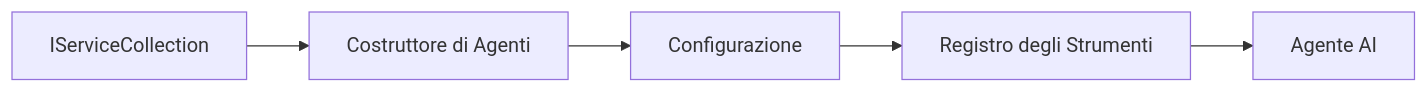
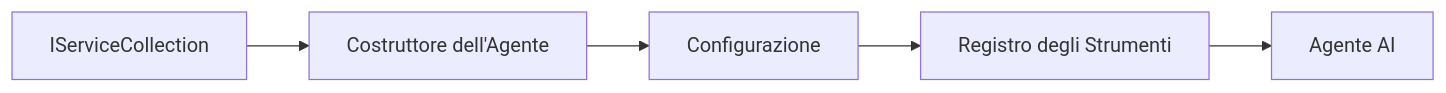
One commit to venturemavenwill/azureaifundamentals changed the diagram in translations/it/03-agentic-design-patterns/code_samples/03-dotnet-agent-framework.md. Above: the diagram before and after it, drawn with Mermaid. The commit also changed other lines of this file and 2002 other files, not shown here.

````diff
--- a/translations/it/03-agentic-design-patterns/code_samples/03-dotnet-agent-framework.md
+++ b/translations/it/03-agentic-design-patterns/code_samples/03-dotnet-agent-framework.md
@@ -41,7 +41,7 @@
 ```mermaid
 graph LR
-    A[IServiceCollection] --> B[Costruttore di Agenti]
+    A[IServiceCollection] --> B[Costruttore dell'Agente]
     B --> C[Configurazione]
     C --> D[Registro degli Strumenti]
     D --> E[Agente AI]
 ```
````
